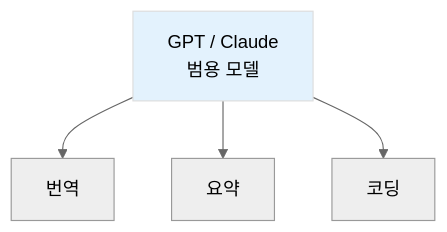
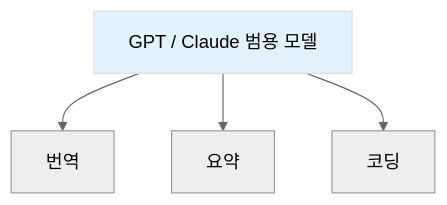
Before and after one commit to Kanghyeop/pages-book-agent101: the second of 3 diagrams in 02-literacy/22-foundation.md, drawn with Mermaid (neutral theme). The commit also changed other lines of this file and 48 other files, not shown here.

First line of the commit message:
fix: Mermaid 렌더링 + SVG 경로 수정

````diff
--- a/02-literacy/22-foundation.md
+++ b/02-literacy/22-foundation.md
@@ -31,8 +31,8 @@
 ```mermaid
 flowchart TB
-    A[GPT / Claude<br/>범용 모델] --> B[번역]
+    A[GPT / Claude 범용 모델] --> B[번역]
     A --> C[요약]
     A --> D[코딩]
 
     style A fill:#E3F2FD,stroke:#DDDDDD
 ```
````
